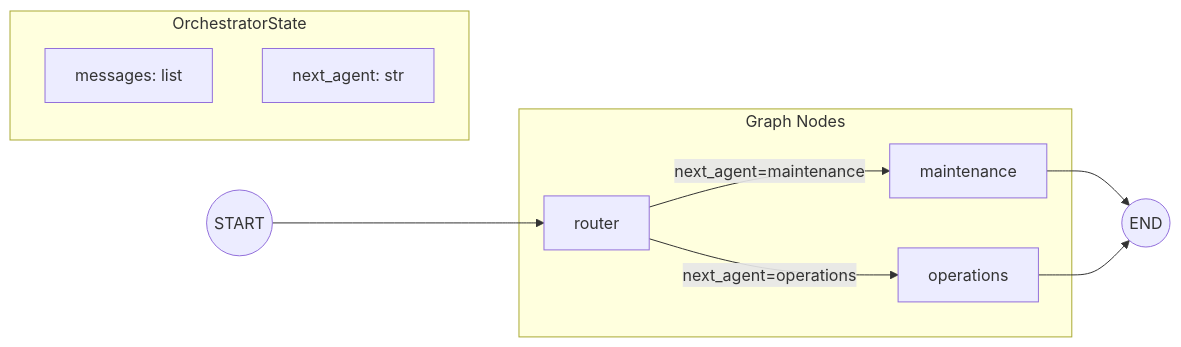
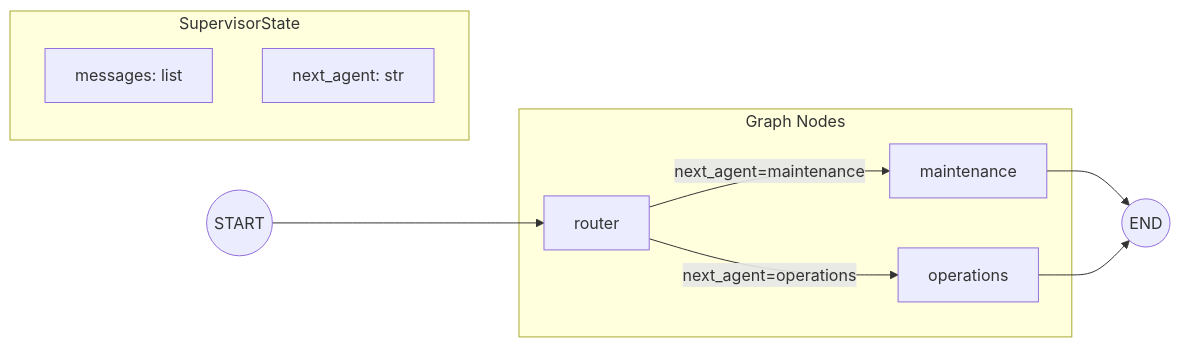
The ninth of 10 diagrams in docs/ARCHITECTURE.md (neo4j-partners/aws-starter), drawn with Mermaid before and after one commit. The commit also changed other lines of this file and 47 other files, not shown here.

````diff
--- a/docs/ARCHITECTURE.md
+++ b/docs/ARCHITECTURE.md
@@ -505,19 +505,19 @@
 ```mermaid
 flowchart LR
-    subgraph State["OrchestratorState"]
+    subgraph State["SupervisorState"]
         MSG[messages: list]
         NEXT[next_agent: str]
     end
 
     subgraph Nodes["Graph Nodes"]
         R[router]
         M[maintenance]
         O[operations]
     end
 
     START((START)) --> R
     R -->|next_agent=maintenance| M
     R -->|next_agent=operations| O
     M --> END((END))
     O --> END
 ```
````
